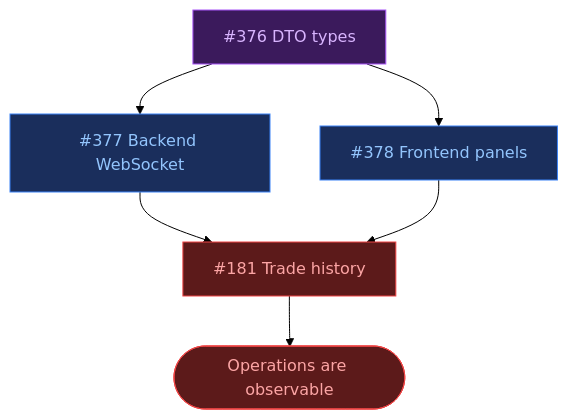
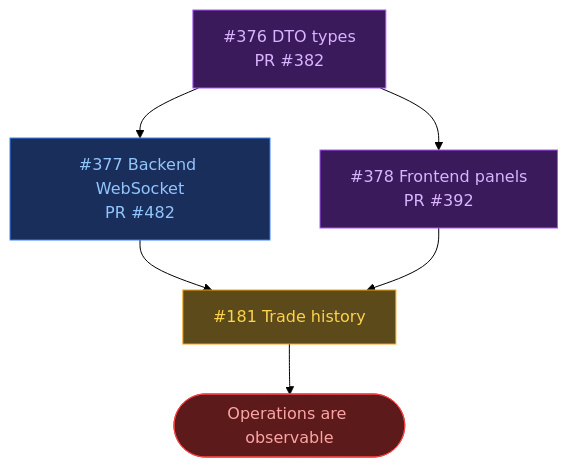
Before and after one commit to ST0x-Technology/st0x.liquidity: the fifth of 8 diagrams in ROADMAP.md, drawn with Mermaid (forest theme). The commit also changed other lines of this file, not shown here.

Commit message:
roadmap: add 'ready' state for stackable dependencies, re-evaluate all graphs

````diff
--- a/ROADMAP.md
+++ b/ROADMAP.md
@@ -184,19 +189,20 @@
 ```mermaid
 graph TD
     classDef wip fill:#1a2e5c,stroke:#3b82f6,color:#93c5fd
     classDef review fill:#3b1a5c,stroke:#a855f7,color:#d8b4fe
+    classDef ready fill:#5c4a1a,stroke:#f59e0b,color:#fcd34d
     classDef blocked fill:#5c1a1a,stroke:#ef4444,color:#fca5a5
 
-    id376["#376 DTO types"]:::review
-    id377["#377 Backend WebSocket"]:::wip
-    id378["#378 Frontend panels"]:::wip
-    id181["#181 Trade history"]:::blocked
+    id376["#376 DTO types<br/>PR #382"]:::review
+    id377["#377 Backend WebSocket<br/>PR #482"]:::wip
+    id378["#378 Frontend panels<br/>PR #392"]:::review
+    id181["#181 Trade history"]:::ready
     goal(["Operations are observable"]):::blocked
 
     id376 --> id377 & id378 --> id181 --> goal
 
     click id376 href "https://github.com/ST0x-Technology/st0x.liquidity/issues/376"
     click id377 href "https://github.com/ST0x-Technology/st0x.liquidity/issues/377"
     click id378 href "https://github.com/ST0x-Technology/st0x.liquidity/issues/378"
     click id181 href "https://github.com/ST0x-Technology/st0x.liquidity/issues/181"
 ```
````
